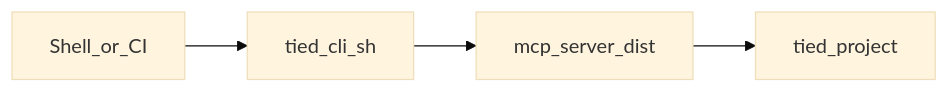
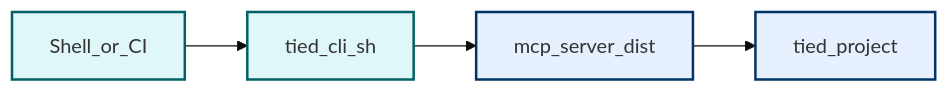
One commit to fareedst/tied changed diagram 13 of 14 in docs/stdd-workflows.md. Above: the diagram before and after it, drawn with Mermaid (base theme). The commit also changed other lines of this file and 18 other files, not shown here.

First line of the commit message:
Add STDD vocab visual encoding registry and term color index.

````diff
--- a/docs/stdd-workflows.md
+++ b/docs/stdd-workflows.md
@@ -272,10 +315,13 @@
 ```mermaid
 flowchart LR
-  shell[Shell_or_CI]
-  cli[tied_cli_sh]
-  dist[mcp_server_dist]
-  tp[tied_project]
+  %% palette: docs/visual-encoding-standards.md
+  classDef domAgentSurface fill:#e0f7fa,stroke:#006064,stroke-width:2px
+  classDef domTiedCorpus fill:#e7f0ff,stroke:#003366,stroke-width:2px
+  shell[Shell_or_CI]:::domAgentSurface
+  cli[tied_cli_sh]:::domAgentSurface
+  dist[mcp_server_dist]:::domTiedCorpus
+  tp[tied_project]:::domTiedCorpus
   shell --> cli
   cli --> dist
   dist --> tp
 ```
````
